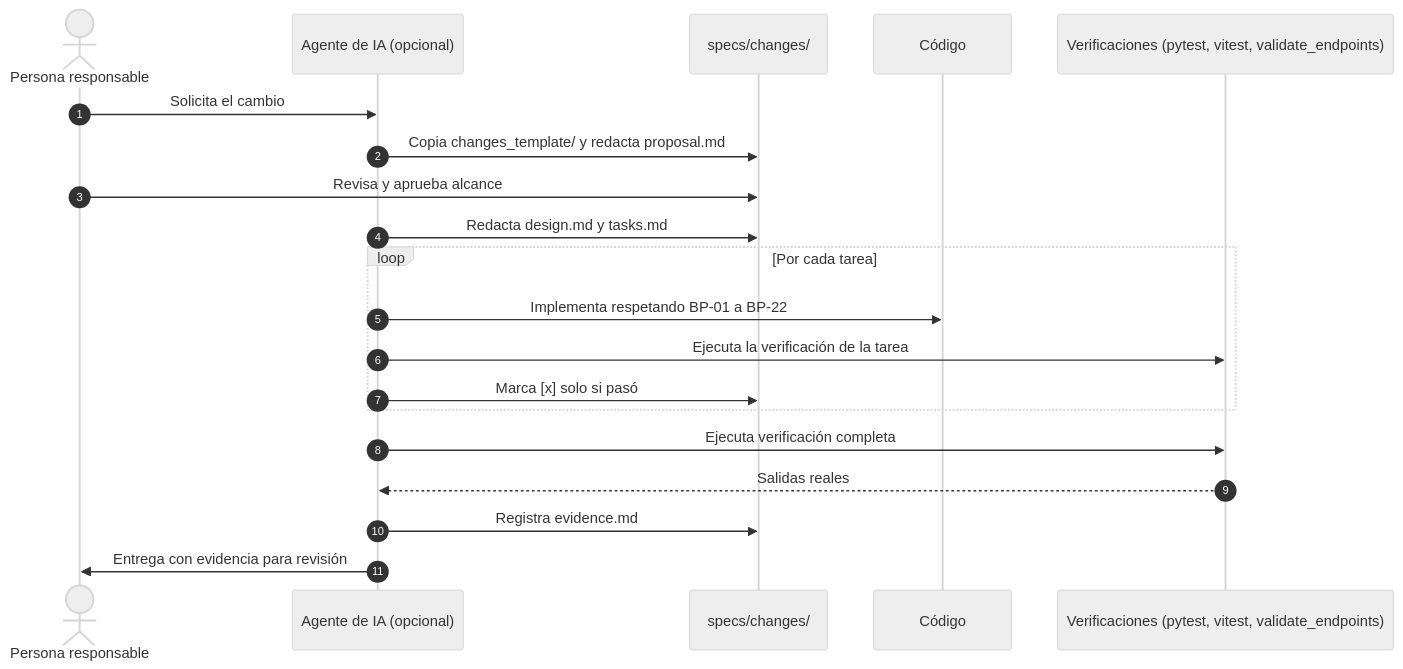
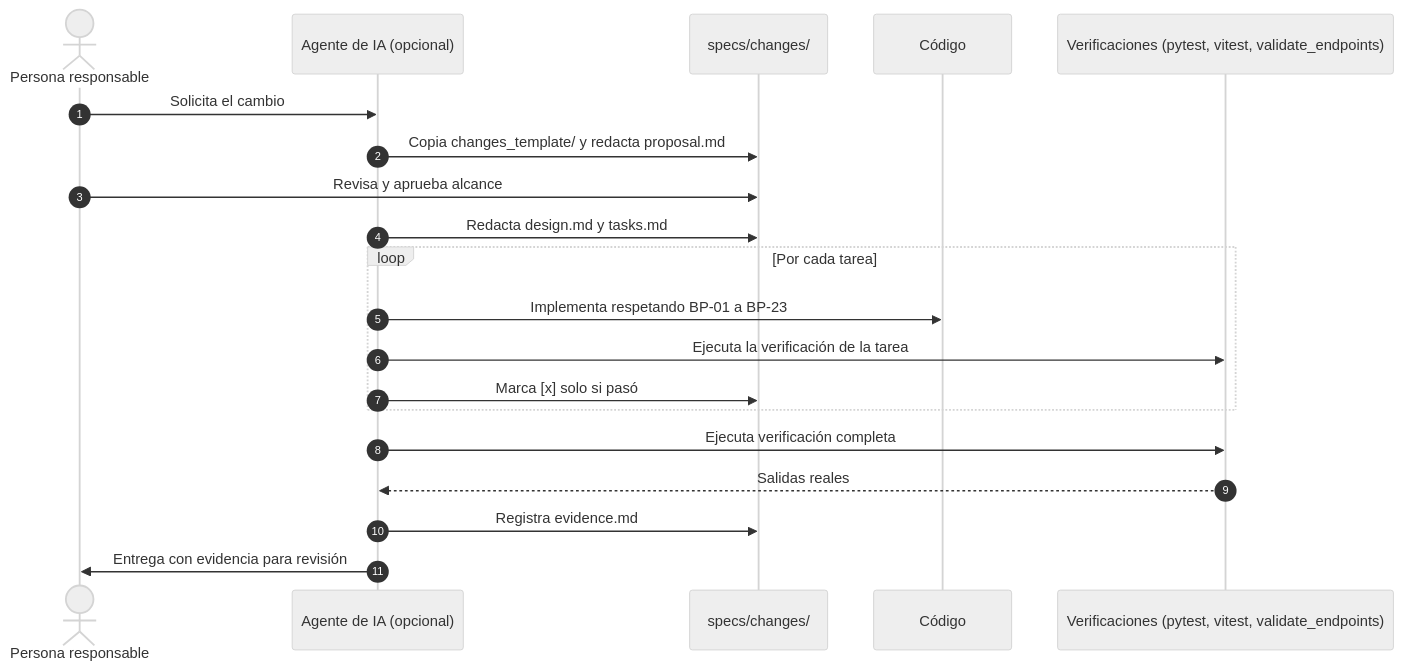
One commit to jnmontoy/sdd changed the diagram in greenfield/14_protocolo_cambios_atomicos_y_especificaciones_vivas.md. Above: the diagram before and after it, drawn with Mermaid (neutral theme). The commit also changed other lines of this file and 9 other files, not shown here.

Commit message:
feat: add comprehensive SDD components and guidelines for login module and greenfield architecture

````diff
--- a/greenfield/14_protocolo_cambios_atomicos_y_especificaciones_vivas.md
+++ b/greenfield/14_protocolo_cambios_atomicos_y_especificaciones_vivas.md
@@ -69,23 +69,23 @@
 ```mermaid
 sequenceDiagram
     autonumber
     actor Dev as Persona responsable
     participant IA as Agente de IA (opcional)
     participant Spec as specs/changes/
     participant Code as Código
     participant Gate as Verificaciones (pytest, vitest, validate_endpoints)
 
     Dev->>IA: Solicita el cambio
     IA->>Spec: Copia changes_template/ y redacta proposal.md
     Dev->>Spec: Revisa y aprueba alcance
     IA->>Spec: Redacta design.md y tasks.md
     loop Por cada tarea
-        IA->>Code: Implementa respetando BP-01 a BP-22
+        IA->>Code: Implementa respetando BP-01 a BP-23
         IA->>Gate: Ejecuta la verificación de la tarea
         IA->>Spec: Marca [x] solo si pasó
     end
     IA->>Gate: Ejecuta verificación completa
     Gate-->>IA: Salidas reales
     IA->>Spec: Registra evidence.md
     IA->>Dev: Entrega con evidencia para revisión
 ```
````
